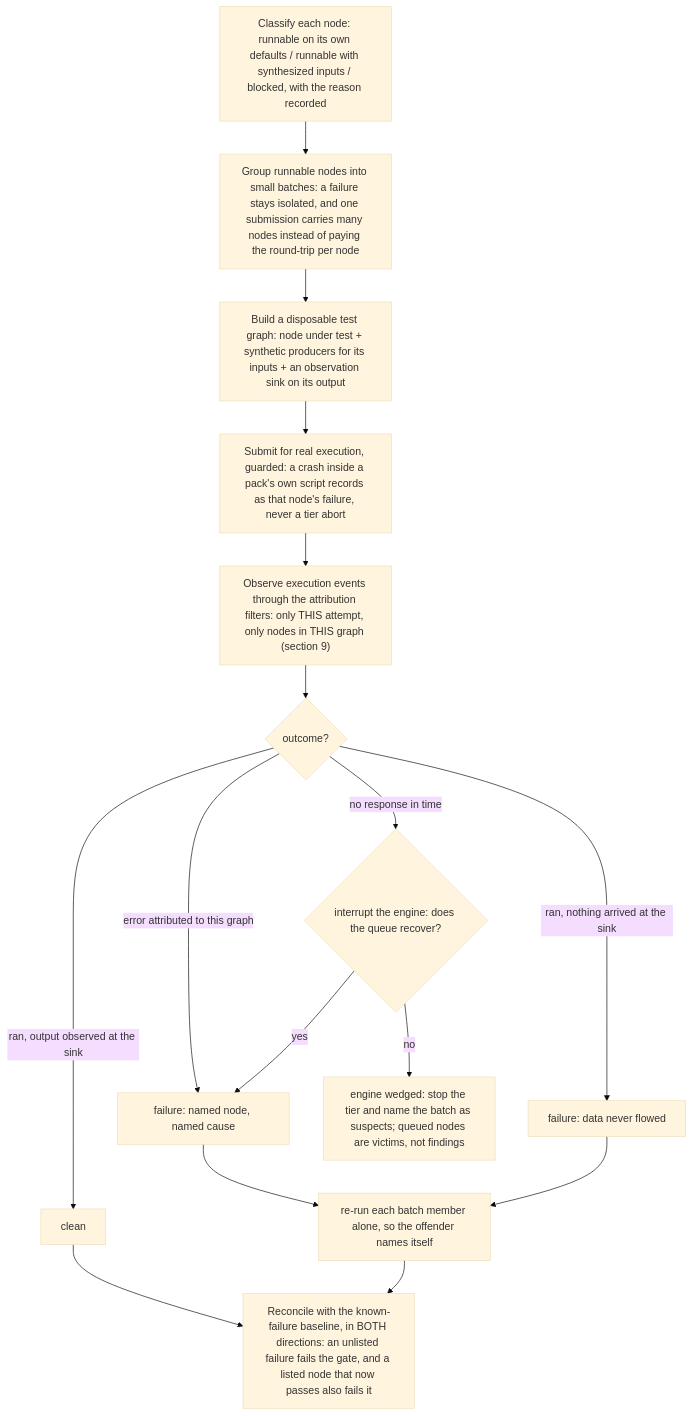
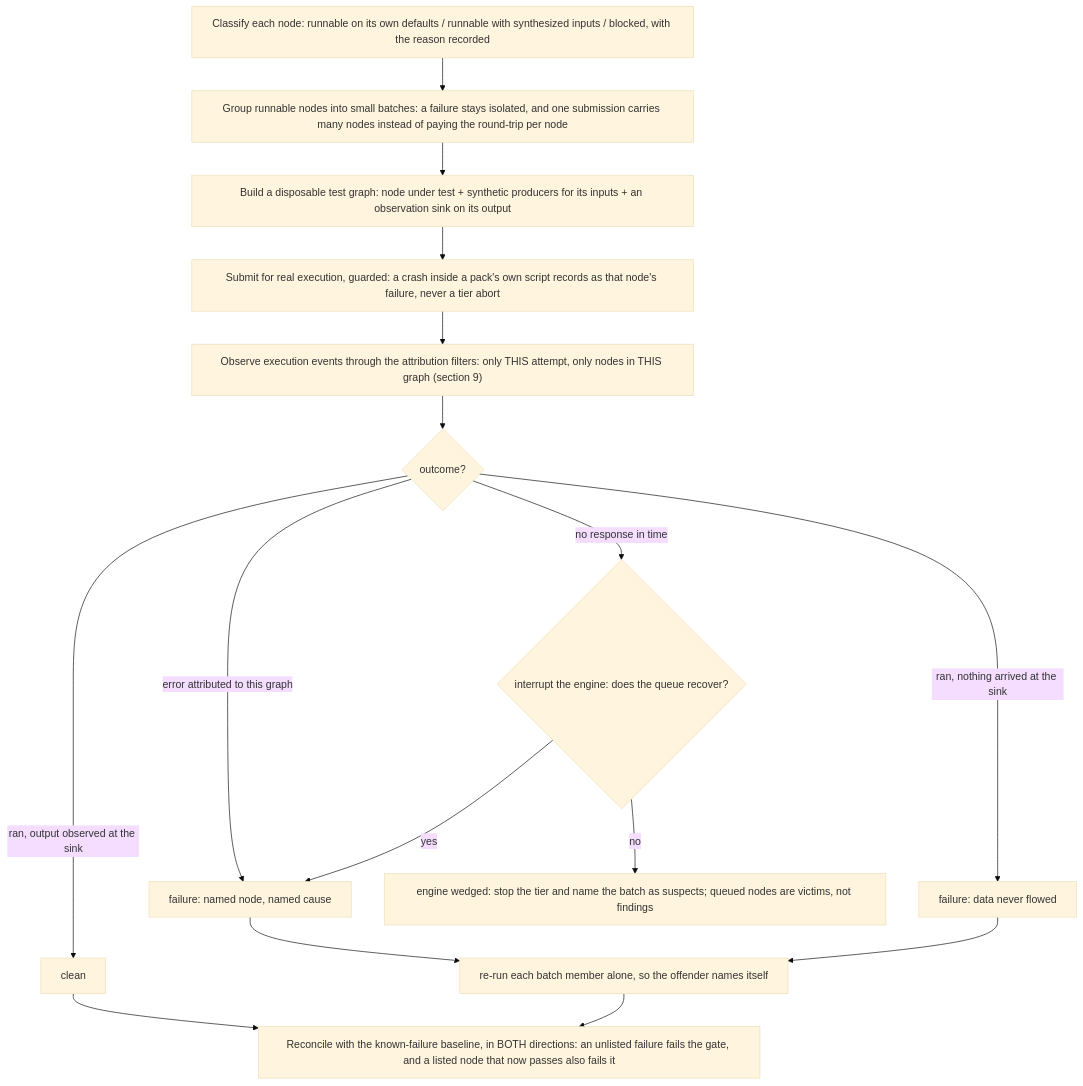
One commit to Comfy-Org/ComfyUI_frontend changed the fourth of 8 diagrams in browser_tests/tests/customNodes/ARCHITECTURE.md. Above: the diagram before and after it, drawn with Mermaid (base theme). The commit also changed other lines of this file, not shown here.

````diff
--- a/browser_tests/tests/customNodes/ARCHITECTURE.md
+++ b/browser_tests/tests/customNodes/ARCHITECTURE.md
@@ -222,19 +223,20 @@
 ```mermaid
+%%{init: {"flowchart": {"wrappingWidth": 700}}}%%
 flowchart TD
     CLASS["Classify each node: runnable on its own defaults / runnable with synthesized inputs / blocked, with the reason recorded"]
     CLASS --> BATCH["Group runnable nodes into small batches: a failure stays isolated, and one submission carries many nodes instead of paying the round-trip per node"]
     BATCH --> BUILD["Build a disposable test graph: node under test + synthetic producers for its inputs + an observation sink on its output"]
     BUILD --> SUBMIT["Submit for real execution, guarded: a crash inside a pack's own script records as that node's failure, never a tier abort"]
     SUBMIT --> OBSERVE["Observe execution events through the attribution filters: only THIS attempt, only nodes in THIS graph (section 9)"]
     OBSERVE --> V{"outcome?"}
     V -->|"ran, output observed at the sink"| CLEAN["clean"]
     V -->|"ran, nothing arrived at the sink"| NOOUT["failure: data never flowed"]
     V -->|"error attributed to this graph"| ERR["failure: named node, named cause"]
     V -->|"no response in time"| INT{"interrupt the engine: does the queue recover?"}
     INT -->|"yes"| ERR
     INT -->|"no"| HUNG["engine wedged: stop the tier and name the batch as suspects; queued nodes are victims, not findings"]
     ERR --> BIS["re-run each batch member alone, so the offender names itself"]
     NOOUT --> BIS
     CLEAN --> REC
     BIS --> REC["Reconcile with the known-failure baseline, in BOTH directions: an unlisted failure fails the gate, and a listed node that now passes also fails it"]
 ```
````
